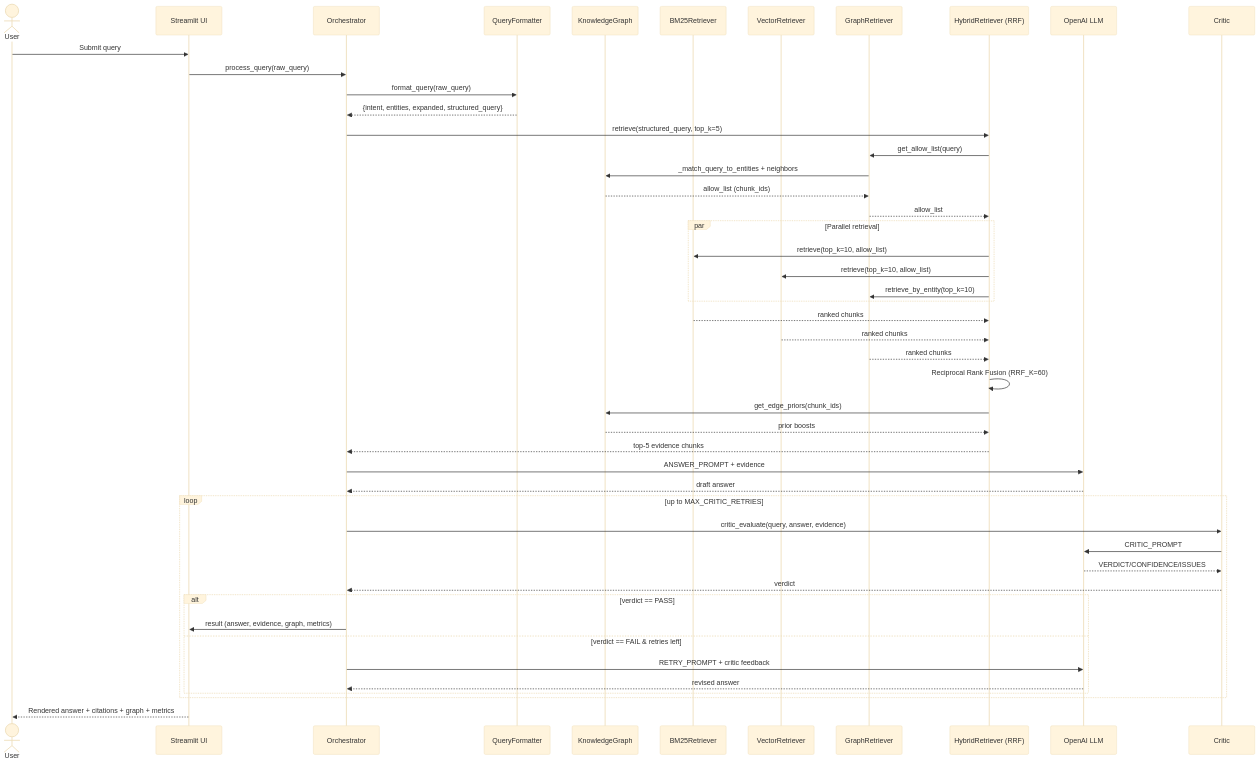
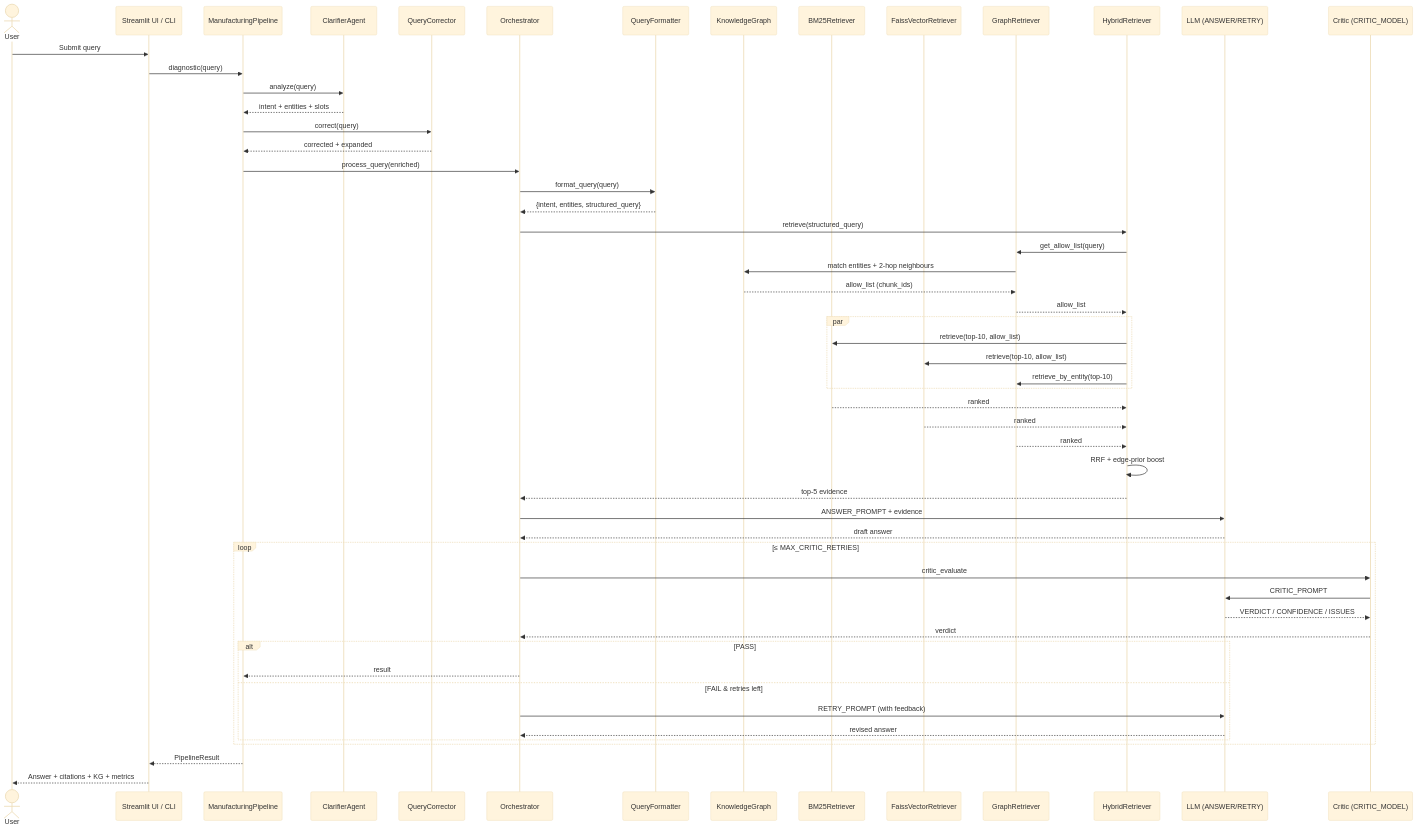
One commit to rajeshthokala10/AgenticAI_Manufacturing changed the fifth of 11 diagrams in README.md. Above: the diagram before and after it, drawn with Mermaid (base theme). The commit also changed other lines of this file and 26 other files, not shown here.

````diff
--- a/README.md
+++ b/README.md
@@ -219,56 +363,63 @@
 ```mermaid
 sequenceDiagram
     actor User
-    participant UI as Streamlit UI
+    participant UI as Streamlit UI / CLI
+    participant MP as ManufacturingPipeline
+    participant CA as ClarifierAgent
+    participant QC as QueryCorrector
     participant Orc as Orchestrator
     participant QF as QueryFormatter
     participant KG as KnowledgeGraph
     participant BM25 as BM25Retriever
-    participant VEC as VectorRetriever
+    participant FAISS as FaissVectorRetriever
     participant GR as GraphRetriever
-    participant HR as HybridRetriever (RRF)
-    participant LLM as OpenAI LLM
-    participant Crit as Critic
+    participant HR as HybridRetriever
+    participant LLM as LLM (ANSWER/RETRY)
+    participant Crit as Critic (CRITIC_MODEL)
 
     User->>UI: Submit query
-    UI->>Orc: process_query(raw_query)
-    Orc->>QF: format_query(raw_query)
-    QF-->>Orc: {intent, entities, expanded, structured_query}
+    UI->>MP: diagnostic(query)
+    MP->>CA: analyze(query)
+    CA-->>MP: intent + entities + slots
+    MP->>QC: correct(query)
+    QC-->>MP: corrected + expanded
+    MP->>Orc: process_query(enriched)
+    Orc->>QF: format_query(query)
+    QF-->>Orc: {intent, entities, structured_query}
 
-    Orc->>HR: retrieve(structured_query, top_k=5)
+    Orc->>HR: retrieve(structured_query)
     HR->>GR: get_allow_list(query)
-    GR->>KG: _match_query_to_entities + neighbors
+    GR->>KG: match entities + 2-hop neighbours
     KG-->>GR: allow_list (chunk_ids)
     GR-->>HR: allow_list
 
-    par Parallel retrieval
-        HR->>BM25: retrieve(top_k=10, allow_list)
-        HR->>VEC: retrieve(top_k=10, allow_list)
-        HR->>GR: retrieve_by_entity(top_k=10)
+    par
+        HR->>BM25: retrieve(top-10, allow_list)
+        HR->>FAISS: retrieve(top-10, allow_list)
+        HR->>GR: retrieve_by_entity(top-10)
     end
-    BM25-->>HR: ranked chunks
-    VEC-->>HR: ranked chunks
-    GR-->>HR: ranked chunks
+    BM25-->>HR: ranked
+    FAISS-->>HR: ranked
+    GR-->>HR: ranked
 
-    HR->>HR: Reciprocal Rank Fusion (RRF_K=60)
-    HR->>KG: get_edge_priors(chunk_ids)
-    KG-->>HR: prior boosts
-    HR-->>Orc: top-5 evidence chunks
+    HR->>HR: RRF + edge-prior boost
+    HR-->>Orc: top-5 evidence
 
     Orc->>LLM: ANSWER_PROMPT + evidence
     LLM-->>Orc: draft answer
 
-    loop up to MAX_CRITIC_RETRIES
-        Orc->>Crit: critic_evaluate(query, answer, evidence)
+    loop ≤ MAX_CRITIC_RETRIES
+        Orc->>Crit: critic_evaluate
         Crit->>LLM: CRITIC_PROMPT
-        LLM-->>Crit: VERDICT/CONFIDENCE/ISSUES
+        LLM-->>Crit: VERDICT / CONFIDENCE / ISSUES
         Crit-->>Orc: verdict
-        alt verdict == PASS
-            Orc->>UI: result (answer, evidence, graph, metrics)
-        else verdict == FAIL & retries left
-            Orc->>LLM: RETRY_PROMPT + critic feedback
+        alt PASS
+            Orc-->>MP: result
+        else FAIL & retries left
+            Orc->>LLM: RETRY_PROMPT (with feedback)
             LLM-->>Orc: revised answer
         end
     end
-    UI-->>User: Rendered answer + citations + graph + metrics
+    MP-->>UI: PipelineResult
+    UI-->>User: Answer + citations + KG + metrics
 ```
````
